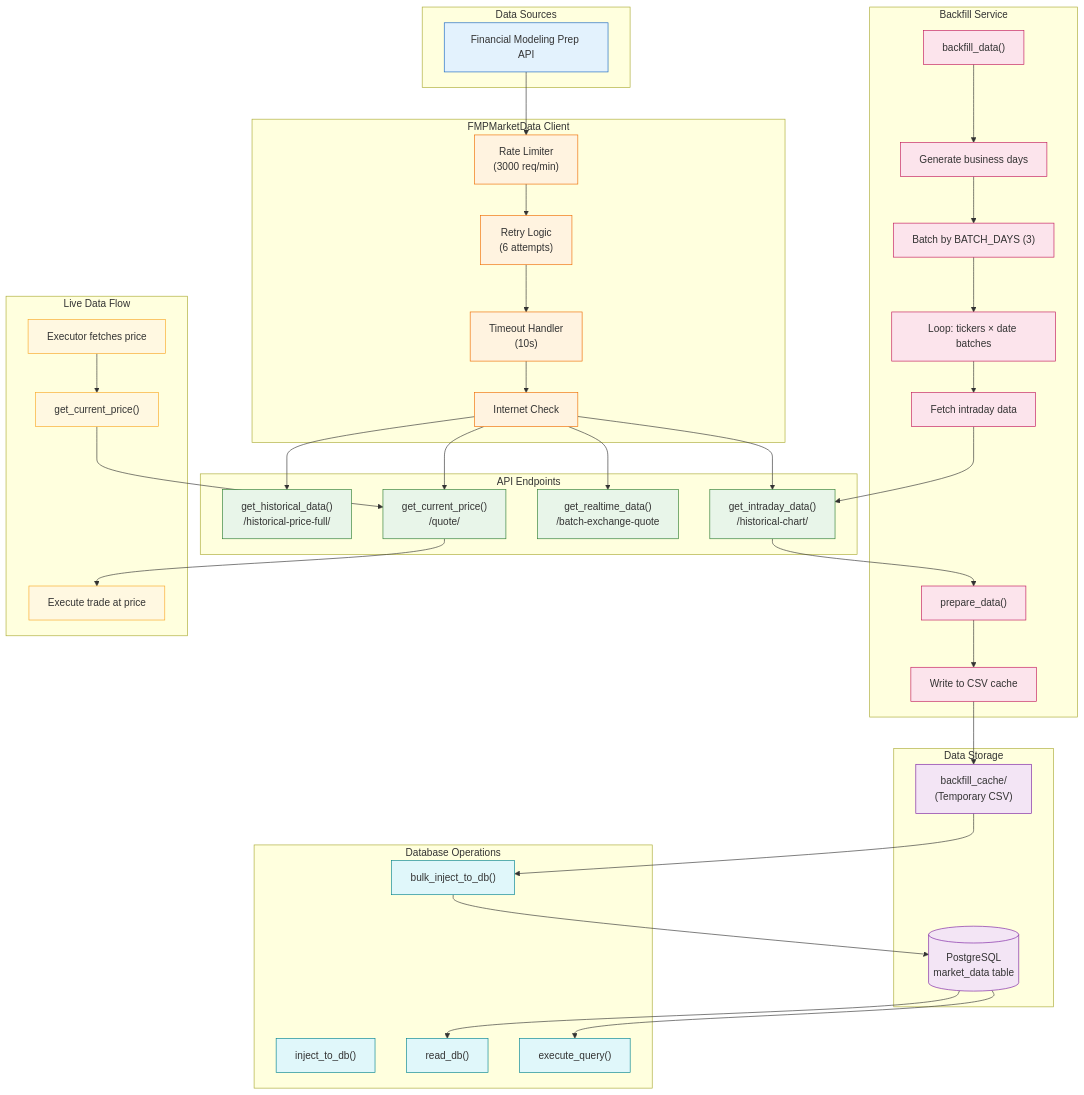
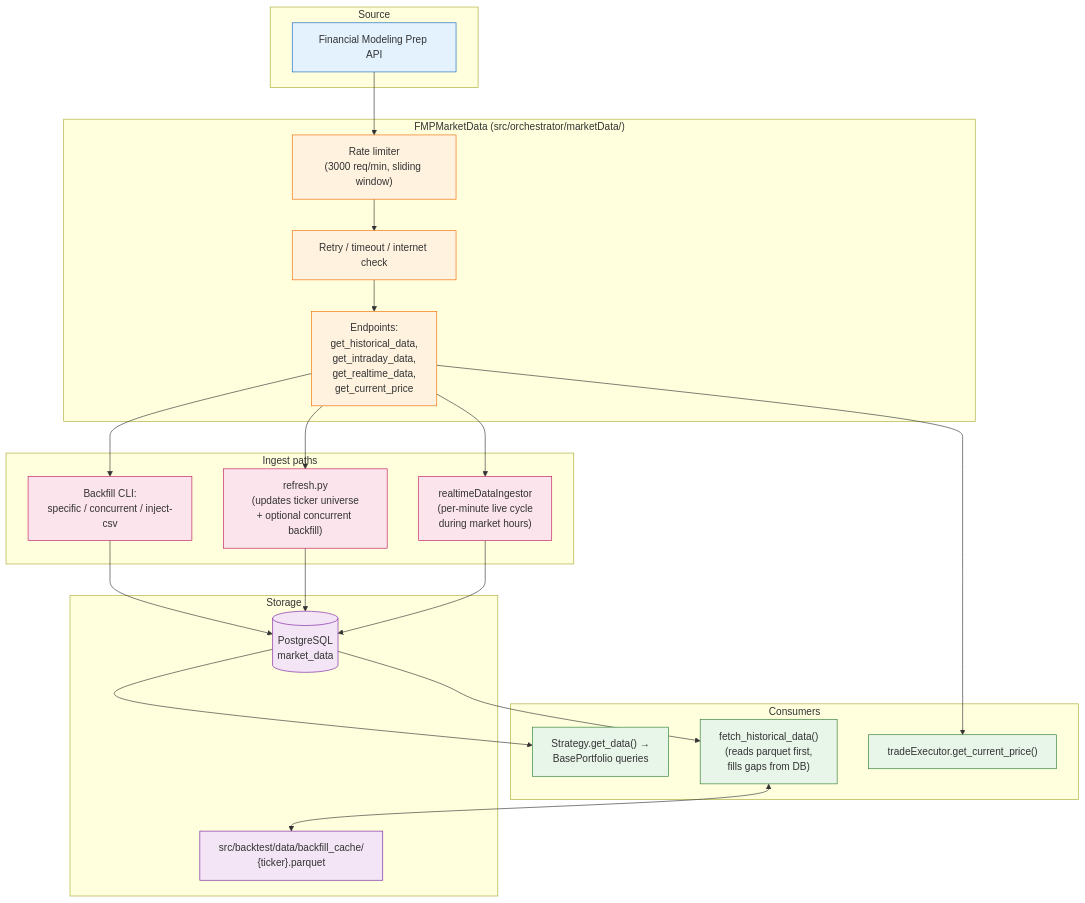
One commit to Animalliketree/MQSMaster changed the first of 6 diagrams in docs/workflows/data-pipeline.md. Above: the diagram before and after it, drawn with Mermaid. The commit also changed other lines of this file and 7 other files, not shown here.

````diff
--- a/docs/workflows/data-pipeline.md
+++ b/docs/workflows/data-pipeline.md
@@ -5,98 +13,56 @@
 ```mermaid
 flowchart TD
-    subgraph Sources["Data Sources"]
-        FMP_API["Financial Modeling Prep API"]
+    subgraph Source["Source"]
+        FMP["Financial Modeling Prep API"]
     end
 
-    subgraph FMPClient["FMPMarketData Client"]
-        RATE_LIMIT["Rate Limiter<br/>(3000 req/min)"]
-        RETRY["Retry Logic<br/>(6 attempts)"]
-        TIMEOUT["Timeout Handler<br/>(10s)"]
-        INTERNET["Internet Check"]
+    subgraph Client["FMPMarketData (src/orchestrator/marketData/)"]
+        RL["Rate limiter<br/>(3000 req/min, sliding window)"]
+        RT["Retry / timeout / internet check"]
+        EP["Endpoints:<br/>get_historical_data,<br/>get_intraday_data,<br/>get_realtime_data,<br/>get_current_price"]
     end
 
-    subgraph Endpoints["API Endpoints"]
-        HISTORICAL["get_historical_data()<br/>/historical-price-full/"]
-        INTRADAY["get_intraday_data()<br/>/historical-chart/"]
-        REALTIME["get_realtime_data()<br/>/batch-exchange-quote"]
-        QUOTE["get_current_price()<br/>/quote/"]
+    subgraph Ingest["Ingest paths"]
+        BF["Backfill CLI:<br/>specific / concurrent / inject-csv"]
+        REFRESH["refresh.py<br/>(updates ticker universe<br/>+ optional concurrent backfill)"]
+        RTI["realtimeDataIngestor<br/>(per-minute live cycle<br/>during market hours)"]
     end
 
-    subgraph Backfill["Backfill Service"]
-        BF_START["backfill_data()"]
-        BF_DATES["Generate business days"]
-        BF_BATCH["Batch by BATCH_DAYS (3)"]
-        BF_LOOP["Loop: tickers × date batches"]
-        BF_FETCH["Fetch intraday data"]
-        BF_PREP["prepare_data()"]
-        BF_CACHE["Write to CSV cache"]
+    subgraph Storage["Storage"]
+        DB[(PostgreSQL<br/>market_data)]
+        PARQUET["src/backtest/data/backfill_cache/<br/>{ticker}.parquet"]
     end
 
-    subgraph Storage["Data Storage"]
-        CACHE["backfill_cache/<br/>(Temporary CSV)"]
-        DB[(PostgreSQL<br/>market_data table)]
+    subgraph Consumers["Consumers"]
+        STRAT["Strategy.get_data() →<br/>BasePortfolio queries"]
+        EXEC["tradeExecutor.get_current_price()"]
+        BTUTILS["fetch_historical_data()<br/>(reads parquet first,<br/>fills gaps from DB)"]
     end
 
-    subgraph DBOps["Database Operations"]
-        INJECT["inject_to_db()"]
-        BULK["bulk_inject_to_db()"]
-        READ["read_db()"]
-        QUERY["execute_query()"]
-    end
+    FMP --> RL --> RT --> EP
 
-    subgraph LiveData["Live Data Flow"]
-        LIVE_FETCH["Executor fetches price"]
-        LIVE_QUOTE["get_current_price()"]
-        LIVE_EXEC["Execute trade at price"]
-    end
+    EP --> BF
+    EP --> REFRESH
+    EP --> RTI
+    EP --> EXEC
 
-    %% FMP Client flow
-    FMP_API --> RATE_LIMIT
-    RATE_LIMIT --> RETRY
-    RETRY --> TIMEOUT
-    TIMEOUT --> INTERNET
+    BF --> DB
+    REFRESH --> DB
+    RTI --> DB
 
-    %% Endpoints
-    INTERNET --> HISTORICAL
-    INTERNET --> INTRADAY
-    INTERNET --> REALTIME
-    INTERNET --> QUOTE
+    DB --> STRAT
+    DB --> BTUTILS
+    BTUTILS <--> PARQUET
 
-    %% Backfill flow
-    BF_START --> BF_DATES
-    BF_DATES --> BF_BATCH
-    BF_BATCH --> BF_LOOP
-    BF_LOOP --> BF_FETCH
-    BF_FETCH --> INTRADAY
-    INTRADAY --> BF_PREP
-    BF_PREP --> BF_CACHE
-    BF_CACHE --> CACHE
-    CACHE --> BULK
-    BULK --> DB
-
-    %% Live data flow
-    LIVE_FETCH --> LIVE_QUOTE
-    LIVE_QUOTE --> QUOTE
-    QUOTE --> LIVE_EXEC
-
-    %% DB reads
-    DB --> READ
-    DB --> QUERY
-
-    %% Styling
     classDef source fill:#e3f2fd,stroke:#1565c0
     classDef client fill:#fff3e0,stroke:#ef6c00
-    classDef endpoint fill:#e8f5e9,stroke:#2e7d32
-    classDef backfill fill:#fce4ec,stroke:#c2185b
+    classDef ingest fill:#fce4ec,stroke:#c2185b
     classDef storage fill:#f3e5f5,stroke:#7b1fa2
-    classDef dbops fill:#e0f7fa,stroke:#00838f
-    classDef live fill:#fff8e1,stroke:#f9a825
+    classDef consumer fill:#e8f5e9,stroke:#2e7d32
 
-    class FMP_API source
-    class RATE_LIMIT,RETRY,TIMEOUT,INTERNET client
-    class HISTORICAL,INTRADAY,REALTIME,QUOTE endpoint
-    class BF_START,BF_DATES,BF_BATCH,BF_LOOP,BF_FETCH,BF_PREP,BF_CACHE backfill
-    class CACHE,DB storage
-    class INJECT,BULK,READ,QUERY dbops
-    class LIVE_FETCH,LIVE_QUOTE,LIVE_EXEC live
+    class FMP source
+    class RL,RT,EP client
+    class BF,REFRESH,RTI ingest
+    class DB,PARQUET storage
+    class STRAT,EXEC,BTUTILS consumer
 ```
````
